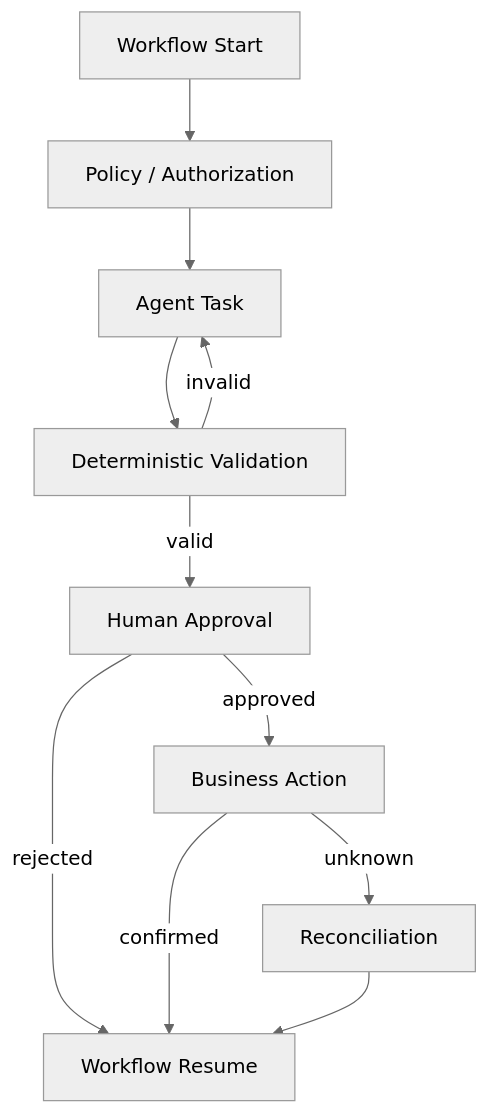
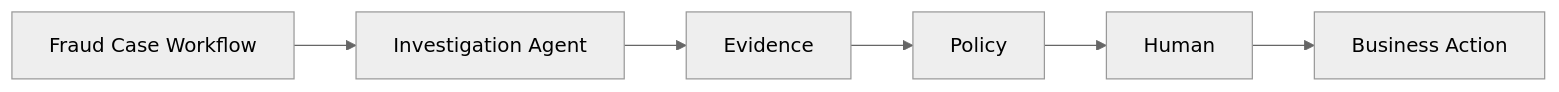
One commit to saga/copilot-server-agent changed the third of 5 diagrams in docs/研究文章/workflow 和 ai agent的decision tree.md. Above: the diagram before and after it, drawn with Mermaid (neutral theme). The commit also changed other lines of this file, not shown here.

````diff
--- a/docs/研究文章/workflow 和 ai agent的decision tree.md
+++ b/docs/研究文章/workflow 和 ai agent的decision tree.md
@@ -1156,26 +1355,16 @@
 ```mermaid
-flowchart TB
+flowchart LR
 
-    W1[Workflow Start]
-    P1[Policy / Authorization]
-    A[Agent Task]
-    V[Deterministic Validation]
-    H[Human Approval]
-    X[Business Action]
-    R[Reconciliation]
-    W2[Workflow Resume]
+    A[Fraud Case Workflow]
+    B[Investigation Agent]
+    C[Evidence]
+    D[Policy]
+    E[Human]
+    F[Business Action]
 
-    W1 --> P1
-    P1 --> A
-    A --> V
-
-    V -->|valid| H
-    V -->|invalid| A
-
-    H -->|approved| X
-    H -->|rejected| W2
-
-    X -->|confirmed| W2
-    X -->|unknown| R
-    R --> W2
+    A --> B
+    B --> C
+    C --> D
+    D --> E
+    E --> F
 ```
````
